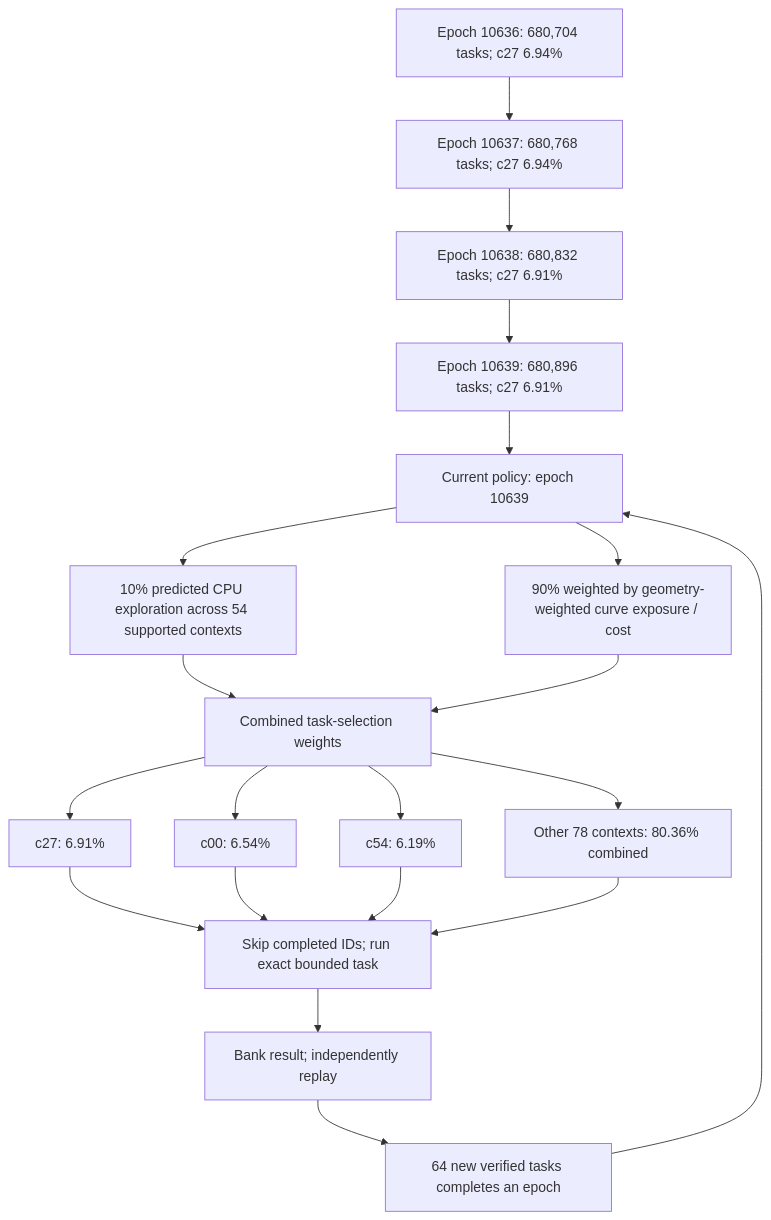
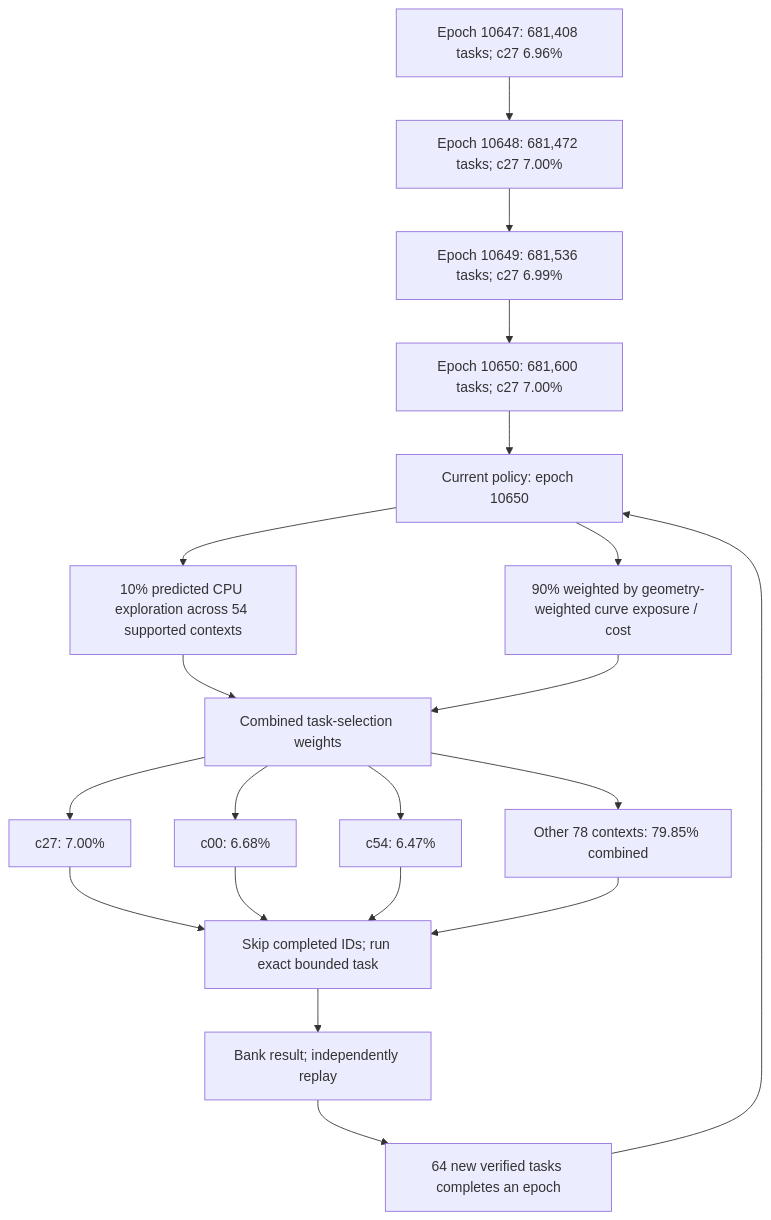
The first of 4 diagrams in README.md (Kuberwastaken/math-gambling), drawn with Mermaid before and after one commit. The commit also changed other lines of this file and 1778 other files, not shown here.

````diff
--- a/README.md
+++ b/README.md
@@ -60,27 +60,27 @@
 ```mermaid
 flowchart TD
-    H0["Epoch 10636: 680,704 tasks; c27 6.94%"]
-    H1["Epoch 10637: 680,768 tasks; c27 6.94%"]
+    H0["Epoch 10647: 681,408 tasks; c27 6.96%"]
+    H1["Epoch 10648: 681,472 tasks; c27 7.00%"]
     H0 --> H1
-    H2["Epoch 10638: 680,832 tasks; c27 6.91%"]
+    H2["Epoch 10649: 681,536 tasks; c27 6.99%"]
     H1 --> H2
-    H3["Epoch 10639: 680,896 tasks; c27 6.91%"]
+    H3["Epoch 10650: 681,600 tasks; c27 7.00%"]
     H2 --> H3
-    Policy["Current policy: epoch 10639"]
+    Policy["Current policy: epoch 10650"]
     H3 --> Policy
     Policy --> Explore["10% predicted CPU exploration across 54 supported contexts"]
     Policy --> Cost["90% weighted by geometry-weighted curve exposure / cost"]
     Explore --> Mix["Combined task-selection weights"]
     Cost --> Mix
-    Mix --> C0["c27: 6.91%"]
-    Mix --> C1["c00: 6.54%"]
-    Mix --> C2["c54: 6.19%"]
-    Mix --> Rest["Other 78 contexts: 80.36% combined"]
+    Mix --> C0["c27: 7.00%"]
+    Mix --> C1["c00: 6.68%"]
+    Mix --> C2["c54: 6.47%"]
+    Mix --> Rest["Other 78 contexts: 79.85% combined"]
     C0 --> Check["Skip completed IDs; run exact bounded task"]
     C1 --> Check
     C2 --> Check
     Rest --> Check
     Check --> Replay["Bank result; independently replay"]
     Replay --> Gate["64 new verified tasks completes an epoch"]
     Gate --> Policy
 ```
````
